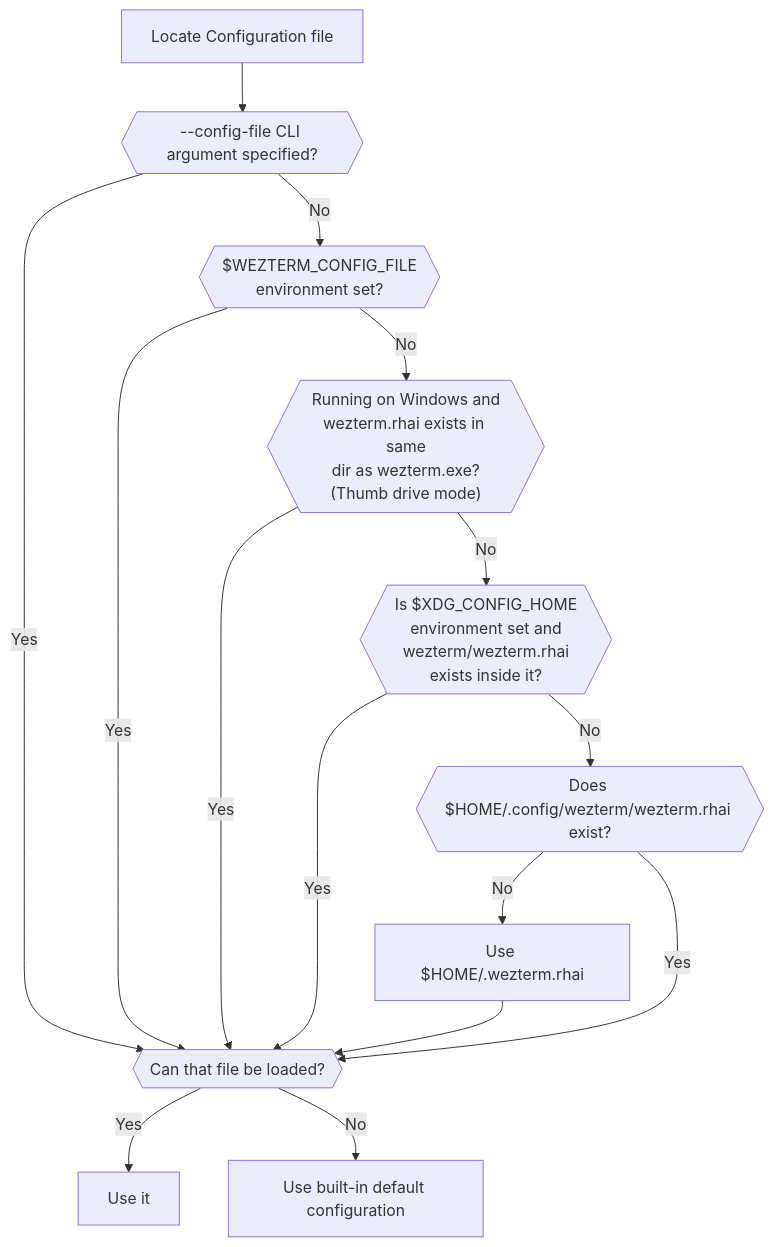
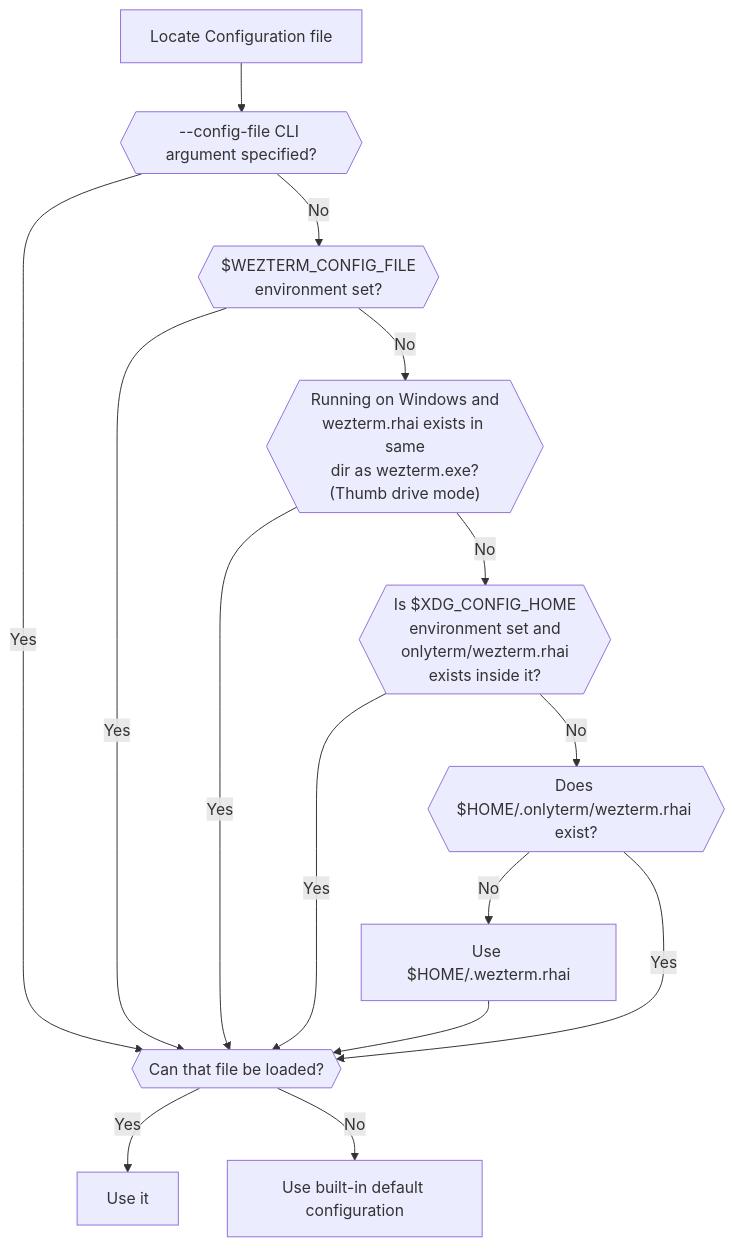
The diagram in docs/config/files.md (PHPCraftdream/OnlyTerm), drawn with Mermaid before and after one commit. The commit also changed other lines of this file and 943 other files, not shown here.

````diff
--- a/docs/config/files.md
+++ b/docs/config/files.md
@@ -52,17 +52,17 @@
 ```mermaid
 graph TD
   X[Locate Configuration file] --> A{{--config-file CLI argument specified?}}
   A -->|Yes| B{{Can that file be loaded?}}
   B -->|Yes| C[Use it]
   B -->|No| D[Use built-in default configuration]
   A -->|No| E{{$WEZTERM_CONFIG_FILE<br/>environment set?}}
   E -->|Yes| B
   E -->|No| F{{"Running on Windows and<br/>wezterm.rhai exists in same<br/>dir as wezterm.exe?<br/>(Thumb drive mode)"}}
   F -->|Yes| B
-  F -->|No| H{{Is $XDG_CONFIG_HOME<br/>environment set and<br/>wezterm/wezterm.rhai<br/>exists inside it?}}
+  F -->|No| H{{Is $XDG_CONFIG_HOME<br/>environment set and<br/>onlyterm/wezterm.rhai<br/>exists inside it?}}
   H -->|Yes| B
   J --> B
-  H -->|No| K{{Does $HOME/.config/wezterm/wezterm.rhai exist?}}
+  H -->|No| K{{Does $HOME/.onlyterm/wezterm.rhai exist?}}
   K -->|Yes| B
   K -->|No| J[Use $HOME/.wezterm.rhai]
 ```
````
